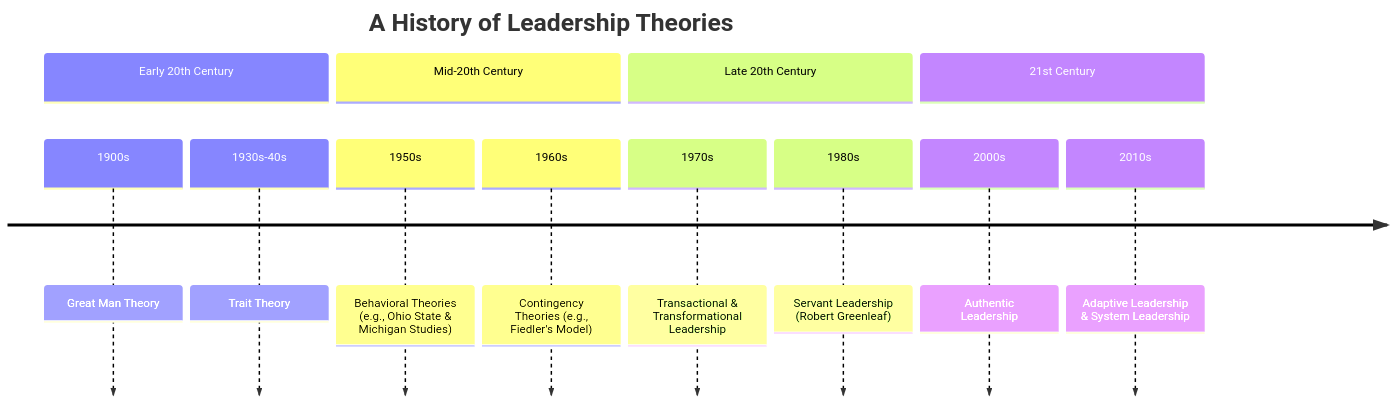
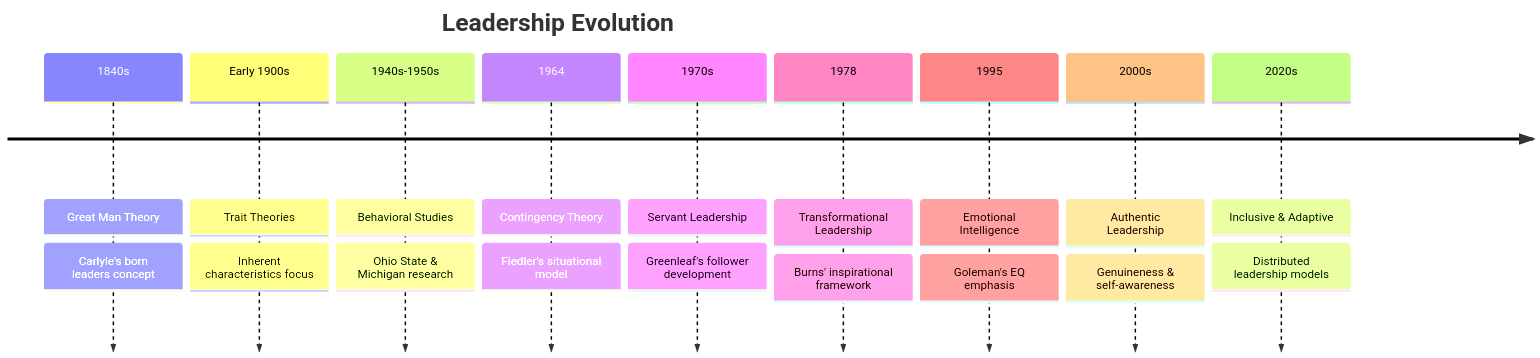
The diagram in timeline/Business and Administration/markdowns/268_leadership.md (elidepb/mermaid_corpus), drawn with Mermaid before and after one commit. The commit also changed 3129 other files, not shown here.

````diff
--- a/timeline/Business and Administration/markdowns/268_leadership.md
+++ b/timeline/Business and Administration/markdowns/268_leadership.md
@@ -1,16 +1,22 @@
 ```mermaid
 timeline
-    title A History of Leadership Theories
-    section Early 20th Century
-        1900s : Great Man Theory
-        1930s-40s : Trait Theory
-    section Mid-20th Century
-        1950s : Behavioral Theories (e.g., Ohio State & Michigan Studies)
-        1960s : Contingency Theories (e.g., Fiedler's Model)
-    section Late 20th Century
-        1970s : Transactional & Transformational Leadership
-        1980s : Servant Leadership (Robert Greenleaf)
-    section 21st Century
-        2000s : Authentic Leadership
-        2010s : Adaptive Leadership & System Leadership
+    title Leadership Evolution
+    1840s : Great Man Theory
+          : Carlyle's born leaders concept
+    Early 1900s : Trait Theories
+                : Inherent characteristics focus
+    1940s-1950s : Behavioral Studies
+                : Ohio State & Michigan research
+    1964 : Contingency Theory
+         : Fiedler's situational model
+    1970s : Servant Leadership
+          : Greenleaf's follower development
+    1978 : Transformational Leadership
+         : Burns' inspirational framework
+    1995 : Emotional Intelligence
+         : Goleman's EQ emphasis
+    2000s : Authentic Leadership
+          : Genuineness & self-awareness
+    2020s : Inclusive & Adaptive
+          : Distributed leadership models
 ```
````
